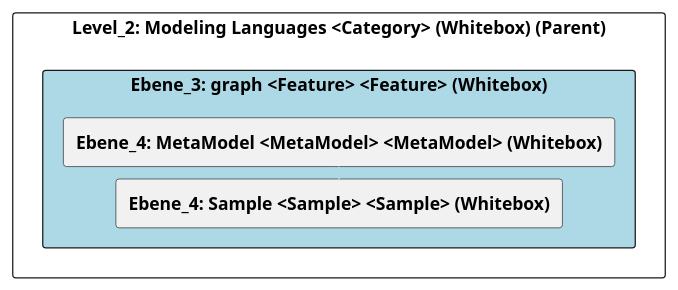
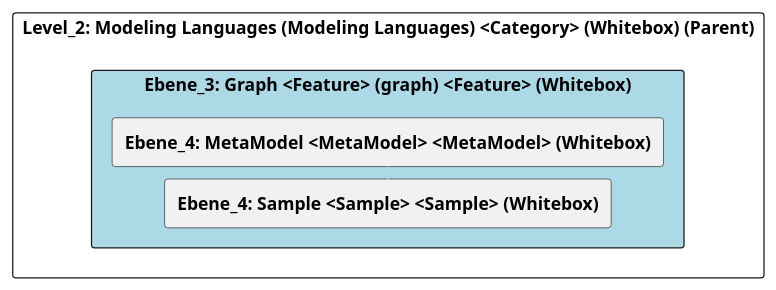
The diagram in doc/cleonproject_deliverables_architecture_model_architecture/adoc/de/05_bausteinsicht/cleon/modeling_languages/graph/ebene_3_graph.adoc (marcozwyssig/cleon), drawn with PlantUML before and after one commit. The commit also changed other lines of this file and 166 other files, not shown here.

```diff
--- a/doc/cleonproject_deliverables_architecture_model_architecture/adoc/de/05_bausteinsicht/cleon/modeling_languages/graph/ebene_3_graph.adoc
+++ b/doc/cleonproject_deliverables_architecture_model_architecture/adoc/de/05_bausteinsicht/cleon/modeling_languages/graph/ebene_3_graph.adoc
@@ -20,28 +20,28 @@
-[plantuml, Ebene_3: graph <Feature> <Feature> (Whitebox)BlockOverview, format="svg"]
+[plantuml, Ebene_3: Graph <Feature> (graph) <Feature> (Whitebox)BlockOverview, format="svg"]
 ----
-@startuml Ebene_3: graph <Feature> <Feature> (Whitebox)BuildingBlockOverview
+@startuml Ebene_3: Graph <Feature> (graph) <Feature> (Whitebox)BuildingBlockOverview
 
 skinparam ranksep 10
 skinparam componentStyle rectangle
 skinparam shadowing false
 skinparam arrowColor lightblue
 skinparam arrowThickness 1.2
 skinparam rectangle {
   BackgroundColor White
   BorderColor #333
   RoundCorner 10
 }
 top to bottom direction
 
-component "Level_2: Modeling Languages <Category> (Whitebox) (Parent)" {
-    component "Ebene_3: graph <Feature> <Feature> (Whitebox)" #lightblue {
+component "Level_2: Modeling Languages (Modeling Languages) <Category> (Whitebox) (Parent)" {
+    component "Ebene_3: Graph <Feature> (graph) <Feature> (Whitebox)" #lightblue {
         [**Ebene_4: MetaModel <MetaModel> <MetaModel> (Whitebox)**] as 4A570567_D579_11EE_903E_9F564E4DE07E
         [**Ebene_4: Sample <Sample> <Sample> (Whitebox)**] as 4A56DE50_D579_11EE_903E_9F564E4DE07E
     }
 
     4A570567_D579_11EE_903E_9F564E4DE07E -down-> 4A56DE50_D579_11EE_903E_9F564E4DE07E
     
 }
 
 @enduml
 ----
```
